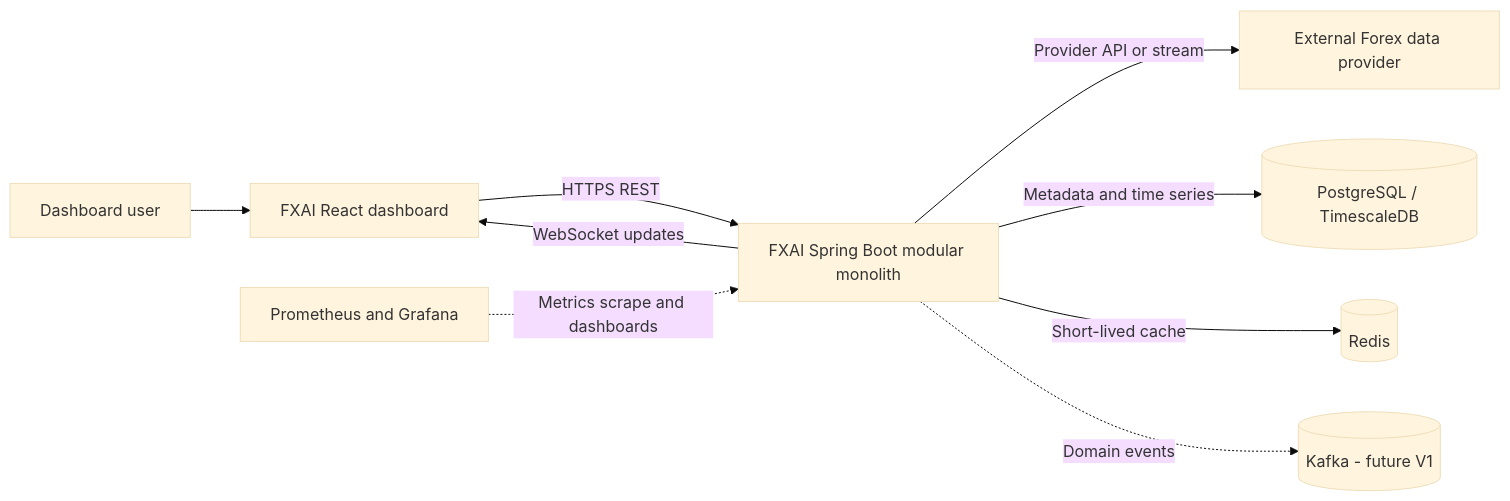
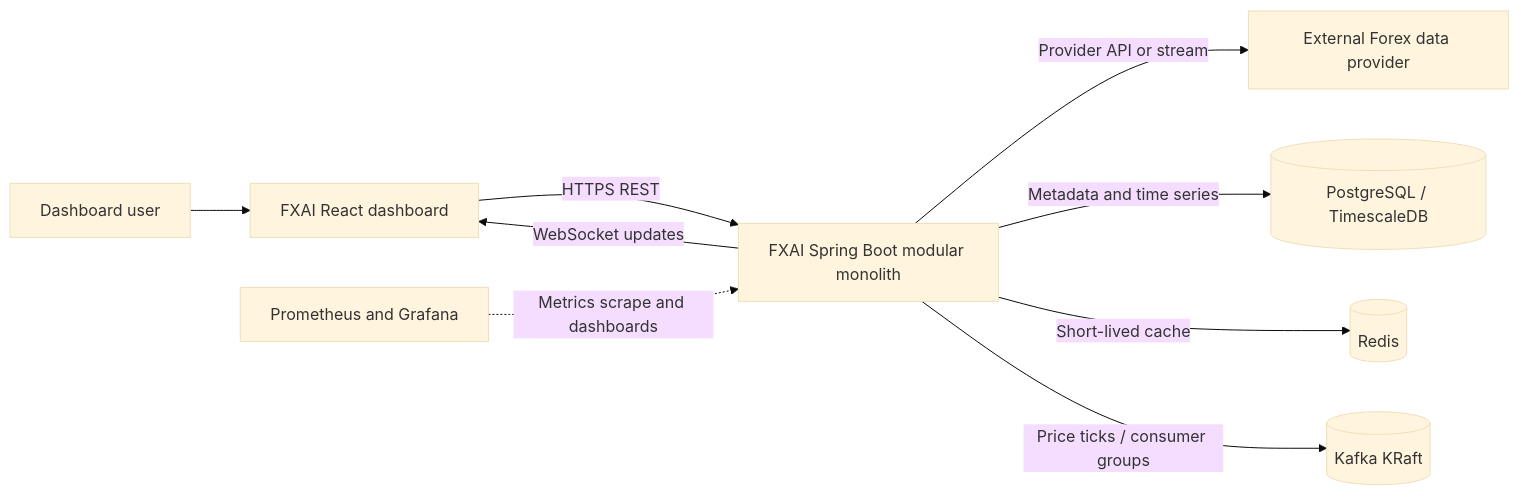
The first of 6 diagrams in docs/architecture.md (Atheesan/fx-trading), drawn with Mermaid (base theme) before and after one commit. The commit also changed other lines of this file and 22 other files, not shown here.

Commit message:
[Atheesan][FX][Add Kafka for price update streaming]

````diff
--- a/docs/architecture.md
+++ b/docs/architecture.md
@@ -48,20 +47,20 @@
 ```mermaid
 flowchart LR
     User[Dashboard user]
     Browser[FXAI React dashboard]
     Backend[FXAI Spring Boot modular monolith]
     Provider[External Forex data provider]
     Postgres[(PostgreSQL / TimescaleDB)]
     Redis[(Redis)]
-    Kafka[(Kafka - future V1)]
+    Kafka[(Kafka KRaft)]
     Observability[Prometheus and Grafana]
 
     User --> Browser
     Browser -->|HTTPS REST| Backend
     Backend -->|WebSocket updates| Browser
     Backend -->|Provider API or stream| Provider
     Backend -->|Metadata and time series| Postgres
     Backend -->|Short-lived cache| Redis
-    Backend -.->|Domain events| Kafka
+    Backend -->|Price ticks / consumer groups| Kafka
     Observability -.->|Metrics scrape and dashboards| Backend
 ```
````
